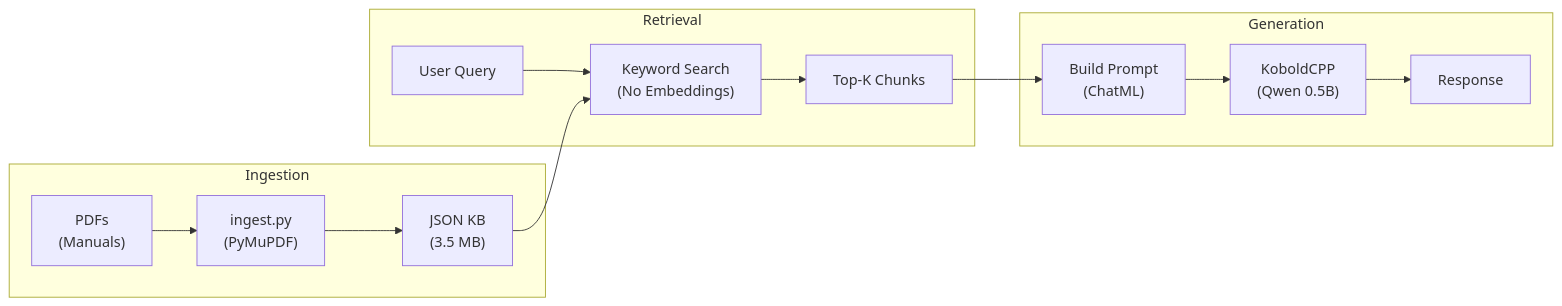
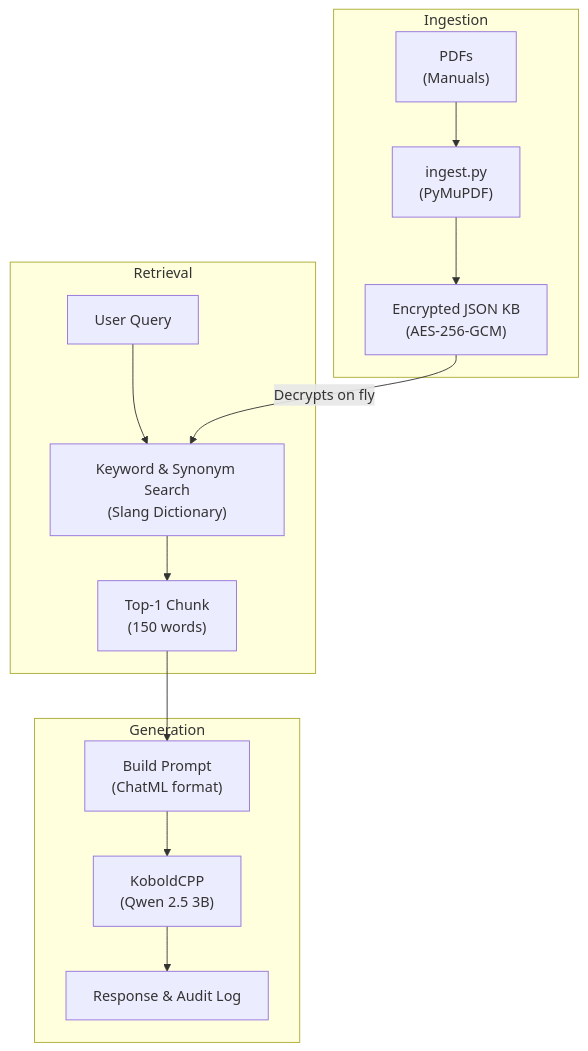
One commit to BLShaw/MANTIS changed the diagram in README.md. Above: the diagram before and after it, drawn with Mermaid. The commit also changed other lines of this file and 11 other files, not shown here.

````diff
--- a/README.md
+++ b/README.md
@@ -47,19 +59,19 @@
 ```mermaid
-flowchart LR
+flowchart TD
     subgraph Ingestion
         A["PDFs<br/>(Manuals)"] --> B["ingest.py<br/>(PyMuPDF)"]
-        B --> C["JSON KB<br/>(3.5 MB)"]
+        B --> C["Encrypted JSON KB<br/>(AES-256-GCM)"]
     end
     
     subgraph Retrieval
-        D["User Query"] --> E["Keyword Search<br/>(No Embeddings)"]
-        C --> E
-        E --> F["Top-K Chunks"]
+        D["User Query"] --> E["Keyword & Synonym Search<br/>(Slang Dictionary)"]
+        C -- Decrypts on fly --> E
+        E --> F["Top-1 Chunk<br/>(150 words)"]
     end
     
     subgraph Generation
-        F --> G["Build Prompt<br/>(ChatML)"]
-        G --> H["KoboldCPP<br/>(Qwen 0.5B)"]
-        H --> I["Response"]
+        F --> G["Build Prompt<br/>(ChatML format)"]
+        G --> H["KoboldCPP<br/>(Qwen 2.5 3B)"]
+        H --> I["Response & Audit Log"]
     end
 ```
````
